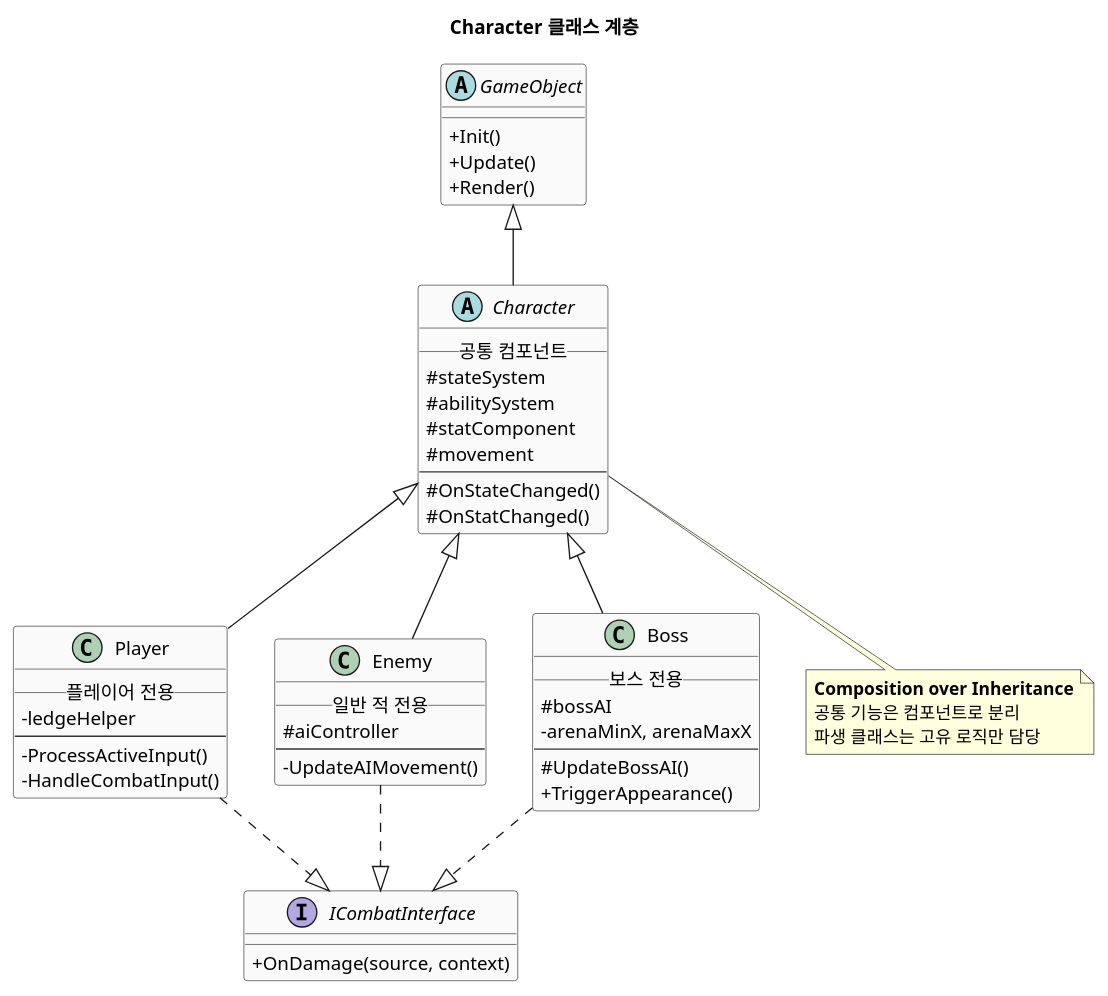
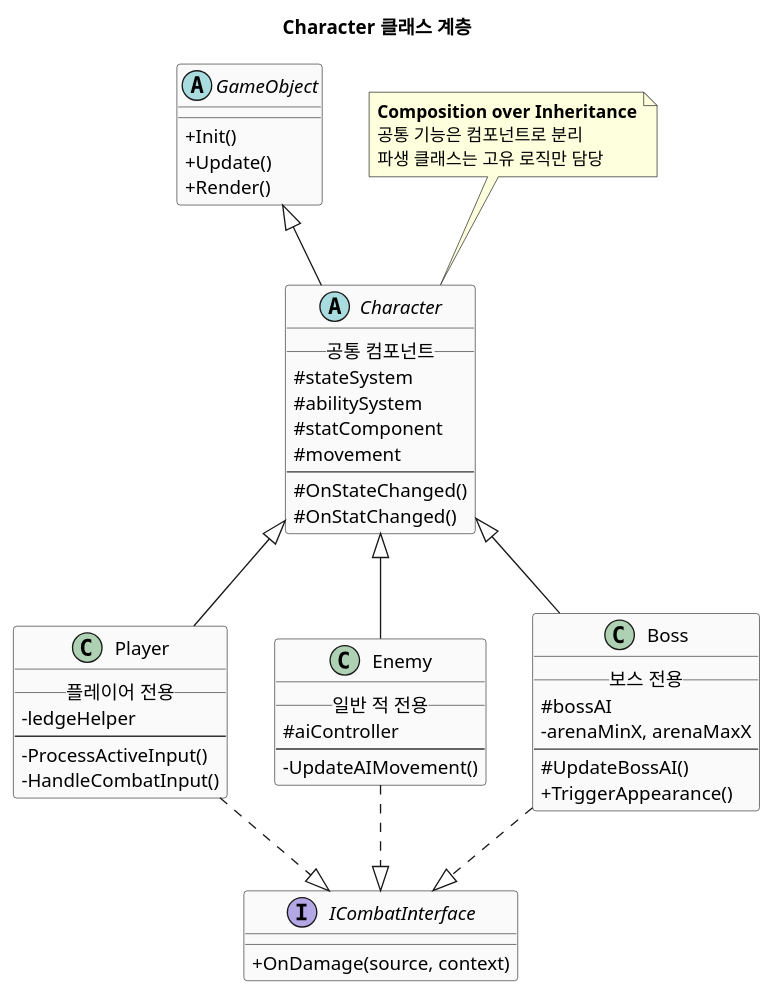
The diagram in Docs/Diagrams/Class_CharacterHierarchy.puml (baeyc0510/ProjectB_Source), drawn with PlantUML before and after one commit. The commit also changed 71 other files, not shown here.

```diff
--- a/Docs/Diagrams/Class_CharacterHierarchy.puml
+++ b/Docs/Diagrams/Class_CharacterHierarchy.puml
@@ -1,73 +1,73 @@
 @startuml Class_CharacterHierarchy
 ' Character 클래스 계층 구조
 ' 상속 관계와 핵심 책임만 표시
 
 skinparam classAttributeIconSize 0
 skinparam class {
     BackgroundColor #FAFAFA
     BorderColor #333333
 }
 
 title Character 클래스 계층
 
 abstract class GameObject {
     + Init()
     + Update()
     + Render()
 }
 
 abstract class Character {
     __ 공통 컴포넌트 __
     # stateSystem
     # abilitySystem
     # statComponent
     # movement
     --
     # OnStateChanged()
     # OnStatChanged()
 }
 
 class Player {
     __ 플레이어 전용 __
     - ledgeHelper
     --
     - ProcessActiveInput()
     - HandleCombatInput()
 }
 
 class Enemy {
     __ 일반 적 전용 __
     # aiController
     --
     - UpdateAIMovement()
 }
 
 class Boss {
     __ 보스 전용 __
     # bossAI
     - arenaMinX, arenaMaxX
     --
     # UpdateBossAI()
     + TriggerAppearance()
 }
 
 interface ICombatInterface {
     + OnDamage(source, context)
 }
 
 GameObject <|-- Character
 Character <|-- Player
 Character <|-- Enemy
 Character <|-- Boss
 
 Player ..|> ICombatInterface
 Enemy ..|> ICombatInterface
 Boss ..|> ICombatInterface
 
-note bottom of Character
+note top of Character
   **Composition over Inheritance**
   공통 기능은 컴포넌트로 분리
   파생 클래스는 고유 로직만 담당
 end note
 
 @enduml
```
